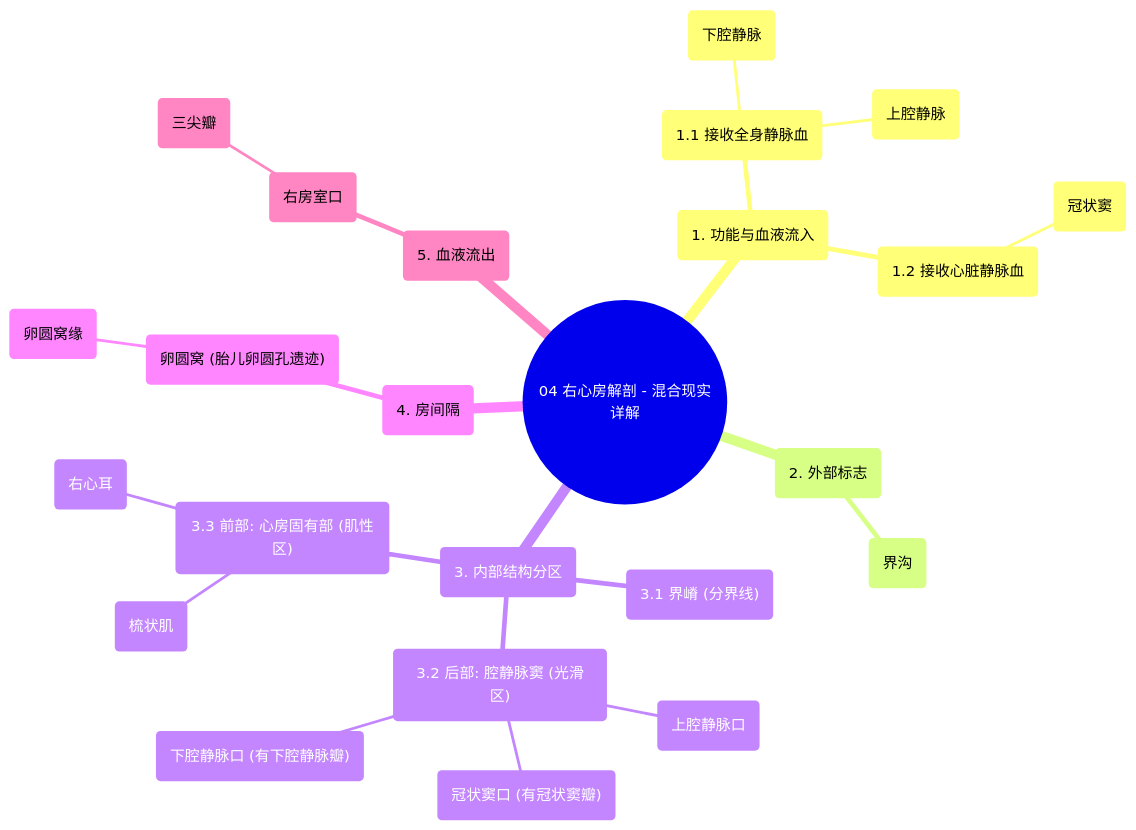
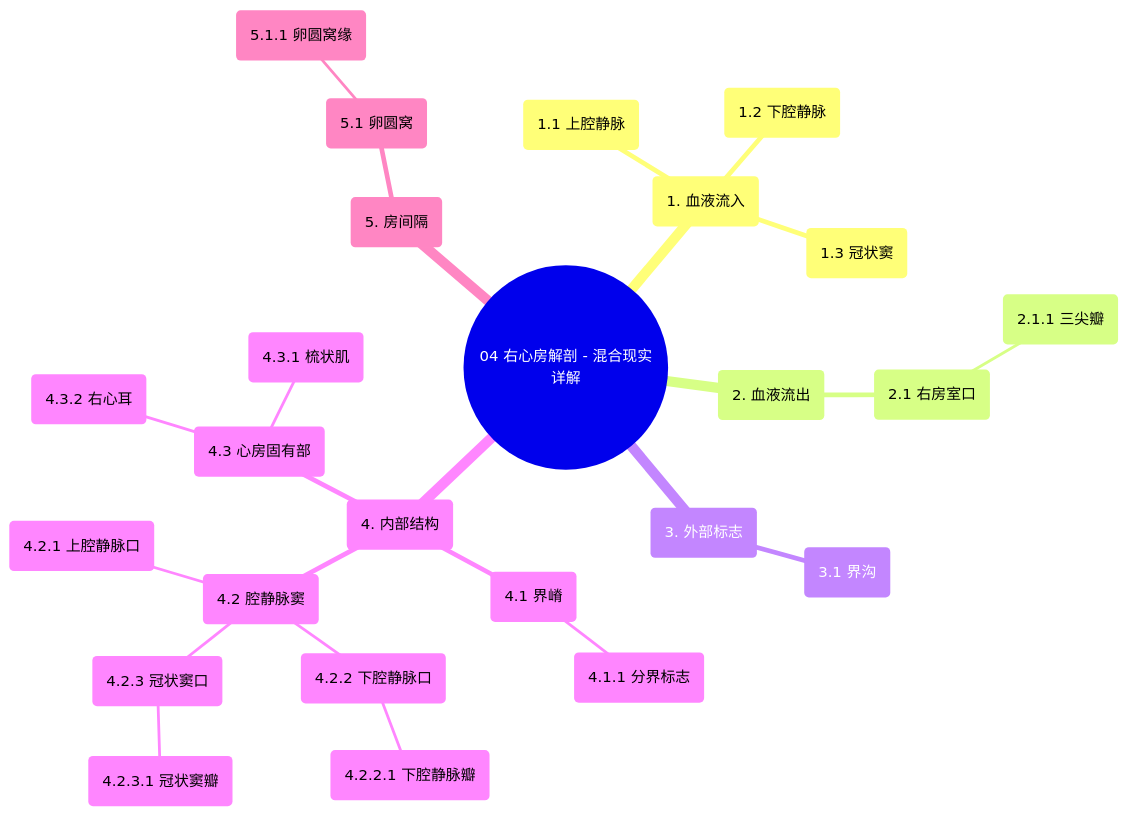
One commit to hello-47777/xinxueguan changed the diagram in docs/专辑 01：心脏解剖学实景课 (Heart Anatomy - Course)/04 Right Atrium Anatomy - Explained in Mixed Reality.md. Above: the diagram before and after it, drawn with Mermaid. The commit also changed other lines of this file and 414 other files, not shown here.

````diff
--- a/docs/专辑 01：心脏解剖学实景课 (Heart Anatomy - Course)/04 Right Atrium Anatomy - Explained in Mixed Reality.md
+++ b/docs/专辑 01：心脏解剖学实景课 (Heart Anatomy - Course)/04 Right Atrium Anatomy - Explained in Mixed Reality.md
@@ -55,27 +57,28 @@
 ```mermaid
 mindmap
   root(("04 右心房解剖 - 混合现实详解"))
-    ("1. 功能与血液流入")
-      ("1.1 接收全身静脉血")
-        ("上腔静脉")
-        ("下腔静脉")
-      ("1.2 接收心脏静脉血")
-        ("冠状窦")
-    ("2. 外部标志")
-      ("界沟")
-    ("3. 内部结构分区")
-      ("3.1 界嵴 (分界线)")
-      ("3.2 后部: 腔静脉窦 (光滑区)")
-        ("上腔静脉口")
-        ("下腔静脉口 (有下腔静脉瓣)")
-        ("冠状窦口 (有冠状窦瓣)")
-      ("3.3 前部: 心房固有部 (肌性区)")
-        ("梳状肌")
-        ("右心耳")
-    ("4. 房间隔")
-      ("卵圆窝 (胎儿卵圆孔遗迹)")
-        ("卵圆窝缘")
-    ("5. 血液流出")
-      ("右房室口")
-        ("三尖瓣")
+    ("1. 血液流入")
+      ("1.1 上腔静脉")
+      ("1.2 下腔静脉")
+      ("1.3 冠状窦")
+    ("2. 血液流出")
+      ("2.1 右房室口")
+        ("2.1.1 三尖瓣")
+    ("3. 外部标志")
+      ("3.1 界沟")
+    ("4. 内部结构")
+      ("4.1 界嵴")
+        ("4.1.1 分界标志")
+      ("4.2 腔静脉窦")
+        ("4.2.1 上腔静脉口")
+        ("4.2.2 下腔静脉口")
+          ("4.2.2.1 下腔静脉瓣")
+        ("4.2.3 冠状窦口")
+          ("4.2.3.1 冠状窦瓣")
+      ("4.3 心房固有部")
+        ("4.3.1 梳状肌")
+        ("4.3.2 右心耳")
+    ("5. 房间隔")
+      ("5.1 卵圆窝")
+        ("5.1.1 卵圆窝缘")
 ```
````
